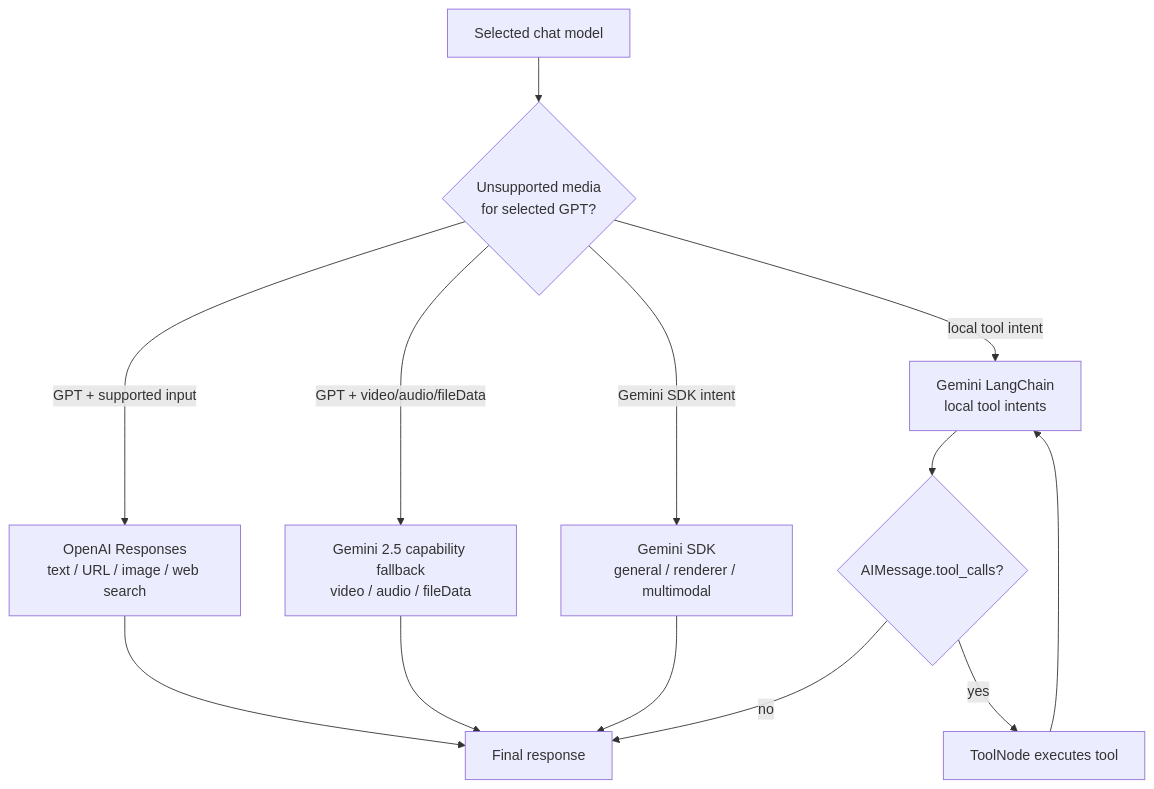
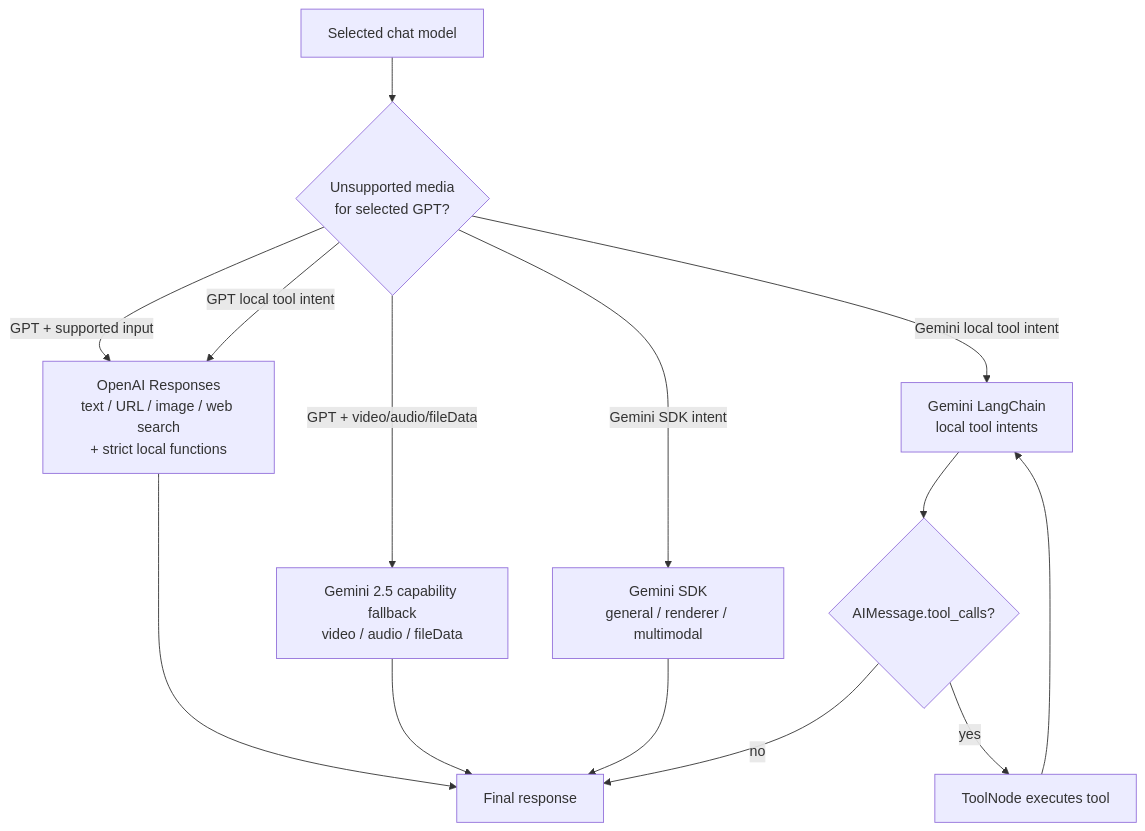
Before and after one commit to jpjp92/chat-agent: the second of 5 diagrams in docs/guide/REF_Architecture.md, drawn with Mermaid. The commit also changed other lines of this file and 42 other files, not shown here.

````diff
--- a/docs/guide/REF_Architecture.md
+++ b/docs/guide/REF_Architecture.md
@@ -39,21 +39,22 @@
 ```mermaid
 flowchart TB
     Selected["Selected chat model"]
     Capability{"Unsupported media\nfor selected GPT?"}
-    OpenAI["OpenAI Responses\ntext / URL / image / web search"]
+    OpenAI["OpenAI Responses\ntext / URL / image / web search\n+ strict local functions"]
     SDK["Gemini SDK\ngeneral / renderer / multimodal"]
     LC["Gemini LangChain\nlocal tool intents"]
     Gemini25["Gemini 2.5 capability fallback\nvideo / audio / fileData"]
     ToolCall{"AIMessage.tool_calls?"}
     Tools["ToolNode executes tool"]
     Final["Final response"]
 
     Selected --> Capability
     Capability -- "GPT + supported input" --> OpenAI --> Final
     Capability -- "GPT + video/audio/fileData" --> Gemini25 --> Final
     Capability -- "Gemini SDK intent" --> SDK --> Final
-    Capability -- "local tool intent" --> LC
+    Capability -- "Gemini local tool intent" --> LC
+    Capability -- "GPT local tool intent" --> OpenAI
     LC --> ToolCall
     ToolCall -- "yes" --> Tools --> LC
     ToolCall -- "no" --> Final
 ```
````
